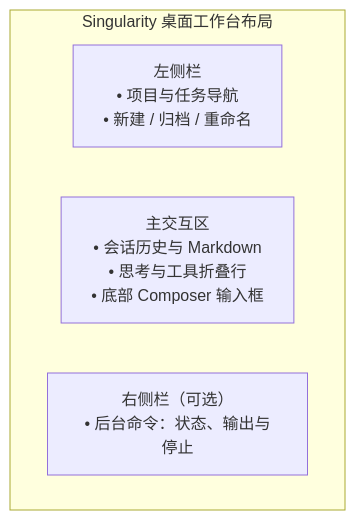
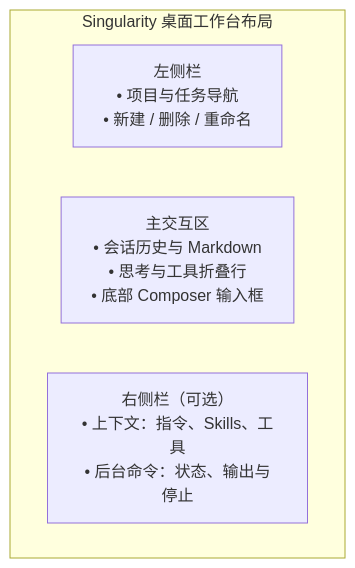
One commit to qjcnmd/singularity-agent changed the diagram in docs/desktop-ui.md. Above: the diagram before and after it, drawn with Mermaid. The commit also changed other lines of this file and 174 other files, not shown here.

````diff
--- a/docs/desktop-ui.md
+++ b/docs/desktop-ui.md
@@ -5,9 +5,9 @@
 ```mermaid
 flowchart TD
     subgraph App["Singularity 桌面工作台布局"]
         direction LR
-        Sidebar["左侧栏<br/>• 项目与任务导航<br/>• 新建 / 归档 / 重命名"]
+        Sidebar["左侧栏<br/>• 项目与任务导航<br/>• 新建 / 删除 / 重命名"]
         Main["主交互区<br/>• 会话历史与 Markdown<br/>• 思考与工具折叠行<br/>• 底部 Composer 输入框"]
-        Background["右侧栏（可选）<br/>• 后台命令：状态、输出与停止"]
+        Background["右侧栏（可选）<br/>• 上下文：指令、Skills、工具<br/>• 后台命令：状态、输出与停止"]
     end
 ```
````
